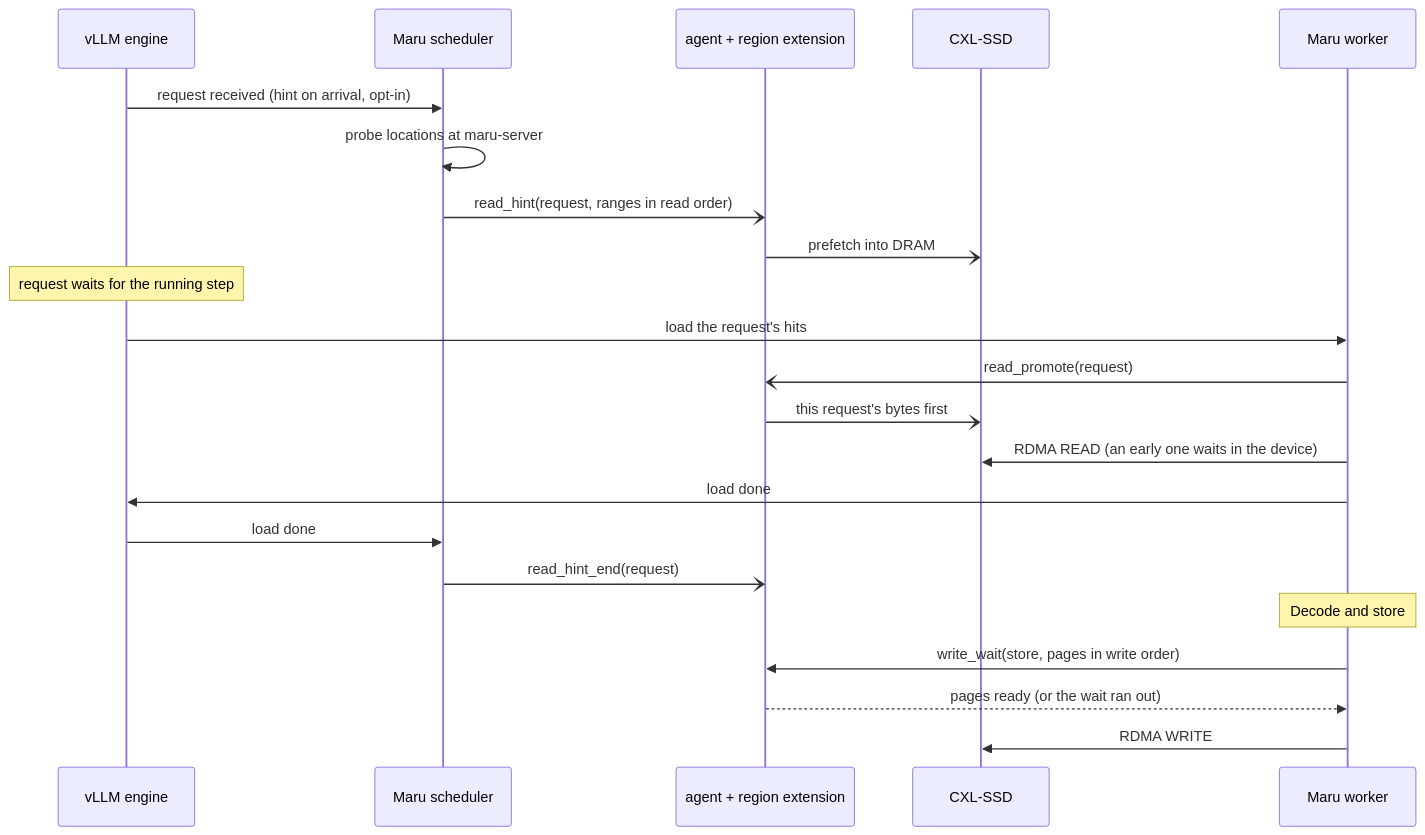
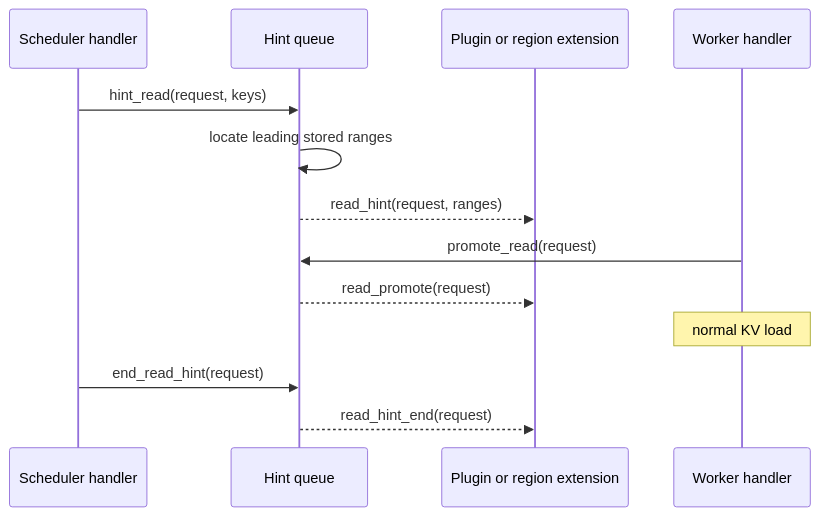
Before and after one commit to xcena-dev/maru: the second of 2 diagrams in docs/source/design_doc/read_hints.md, drawn with Mermaid. The commit also changed other lines of this file and 10 other files, not shown here.

First line of the commit message:
feat(handler): add read hint callbacks for local CXL plugins (#137)

````diff
--- a/docs/source/design_doc/read_hints.md
+++ b/docs/source/design_doc/read_hints.md
@@ -91,24 +39,15 @@
 ```mermaid
 sequenceDiagram
-  participant E as vLLM engine
-  participant S as Maru scheduler
-  participant A as agent + region extension
-  participant D as CXL-SSD
-  participant W as Maru worker
-  E->>S: request received (hint on arrival, opt-in)
-  S->>S: probe locations at maru-server
-  S-)A: read_hint(request, ranges in read order)
-  A-)D: prefetch into DRAM
-  Note over E: request waits for the running step
-  E->>W: load the request's hits
-  W-)A: read_promote(request)
-  A-)D: this request's bytes first
-  W->>D: RDMA READ (an early one waits in the device)
-  W->>E: load done
-  E->>S: load done
-  S-)A: read_hint_end(request)
-  Note over W: Decode and store
-  W->>A: write_wait(store, pages in write order)
-  A-->>W: pages ready (or the wait ran out)
-  W->>D: RDMA WRITE
+  participant S as Scheduler handler
+  participant H as Hint queue
+  participant P as Plugin or region extension
+  participant W as Worker handler
+  S->>H: hint_read(request, keys)
+  H->>H: locate leading stored ranges
+  H-->>P: read_hint(request, ranges)
+  W->>H: promote_read(request)
+  H-->>P: read_promote(request)
+  Note over W: normal KV load
+  S->>H: end_read_hint(request)
+  H-->>P: read_hint_end(request)
 ```
````
